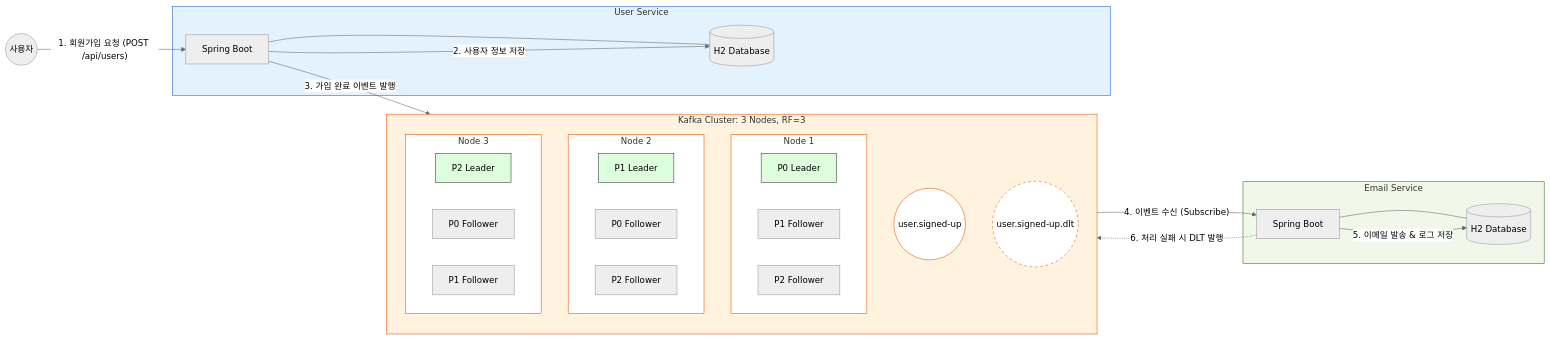
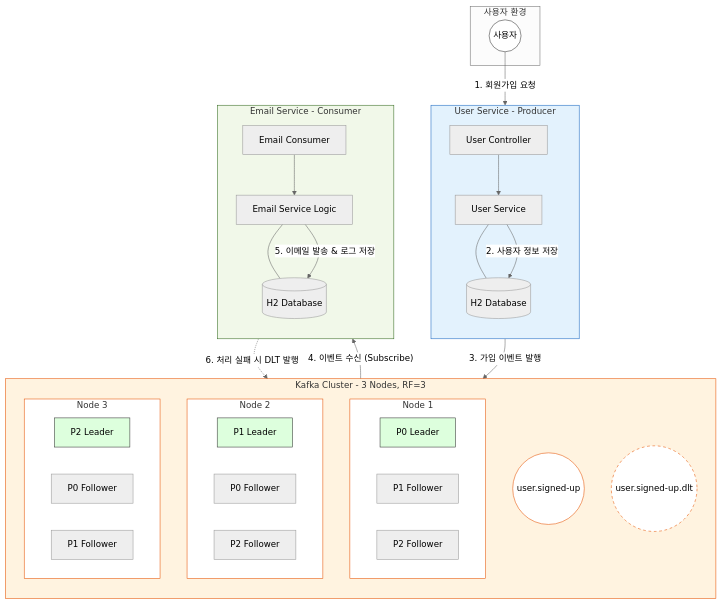
The diagram in 07-msa-project/Project-Design.md (muzzaiwork/kafka), drawn with Mermaid (neutral theme) before and after one commit. The commit also changed other lines of this file, not shown here.

Commit message:
docs: enhance msa project architecture diagram to be comprehensive

````diff
--- a/07-msa-project/Project-Design.md
+++ b/07-msa-project/Project-Design.md
@@ -23,54 +23,71 @@
 ```mermaid
-graph LR
-    subgraph UserService [User Service]
-        U_App[Spring Boot]
-        U_DB[(H2 Database)]
-        U_App --- U_DB
+graph TD
+    subgraph Client [사용자 환경]
+        User((사용자))
     end
 
-    subgraph KafkaCluster [Kafka Cluster: 3 Nodes, RF=3]
+    subgraph UserService [User Service - Producer]
+        direction TB
+        U_Controller[User Controller]
+        U_Service[User Service]
+        U_DB[(H2 Database)]
+        
+        U_Controller --> U_Service
+        U_Service --- U_DB
+    end
+
+    subgraph KafkaCluster [Kafka Cluster - 3 Nodes, RF=3]
         direction TB
         subgraph Broker1 [Node 1]
-            P0_L[P0 Leader]
-            P1_F1[P1 Follower]
-            P2_F2[P2 Follower]
+            P0L[P0 Leader]
+            P1F1[P1 Follower]
+            P2F1[P2 Follower]
         end
         subgraph Broker2 [Node 2]
-            P1_L[P1 Leader]
-            P0_F1[P0 Follower]
-            P2_F1[P2 Follower]
+            P1L[P1 Leader]
+            P0F1[P0 Follower]
+            P2F2[P2 Follower]
         end
         subgraph Broker3 [Node 3]
-            P2_L[P2 Leader]
-            P0_F2[P0 Follower]
-            P1_F2[P1 Follower]
+            P2L[P2 Leader]
+            P0F2[P0 Follower]
+            P1F2[P1 Follower]
         end
+        
         Topic((user.signed-up))
         DLT_Topic((user.signed-up.dlt))
     end
 
-    subgraph EmailService [Email Service]
-        E_App[Spring Boot]
+    subgraph EmailService [Email Service - Consumer]
+        direction TB
+        E_Consumer[Email Consumer]
+        E_Service[Email Service Logic]
         E_DB[(H2 Database)]
-        E_App --- E_DB
+        
+        E_Consumer --> E_Service
+        E_Service --- E_DB
     end
 
-    User((사용자)) -- "1. 회원가입 요청 (POST /api/users)" --> U_App
-    U_App -- "2. 사용자 정보 저장" --> U_DB
-    U_App -- "3. 가입 완료 이벤트 발행" --> Topic
-    Topic -- "4. 이벤트 수신 (Subscribe)" --> E_App
-    E_App -- "5. 이메일 발송 & 로그 저장" --> E_DB
-    E_App -. "6. 처리 실패 시 DLT 발행" .-> DLT_Topic
+    %% 데이터 흐름
+    User -- "1. 회원가입 요청" --> U_Controller
+    U_Service -- "2. 사용자 정보 저장" --> U_DB
+    U_Service -- "3. 가입 이벤트 발행" --> Topic
+    
+    Topic -- "4. 이벤트 수신 (Subscribe)" --> E_Consumer
+    E_Service -- "5. 이메일 발송 & 로그 저장" --> E_DB
+    E_Consumer -. "6. 처리 실패 시 DLT 발행" .-> DLT_Topic
 
+    %% 스타일 설정
+    style User fill:#ffffff,stroke:#333
     style UserService fill:#e3f2fd,stroke:#1565c0
     style EmailService fill:#f1f8e9,stroke:#33691e
     style KafkaCluster fill:#fff3e0,stroke:#e65100
     style Broker1 fill:#ffffff,stroke:#e65100
     style Broker2 fill:#ffffff,stroke:#e65100
     style Broker3 fill:#ffffff,stroke:#e65100
-    style P0_L fill:#dfd,stroke:#333
-    style P1_L fill:#dfd,stroke:#333
-    style P2_L fill:#dfd,stroke:#333
+    style P0L fill:#dfd,stroke:#333
+    style P1L fill:#dfd,stroke:#333
+    style P2L fill:#dfd,stroke:#333
     style Topic fill:#ffffff,stroke:#e65100
     style DLT_Topic fill:#ffffff,stroke:#e65100,stroke-dasharray: 5 5
 ```
````
